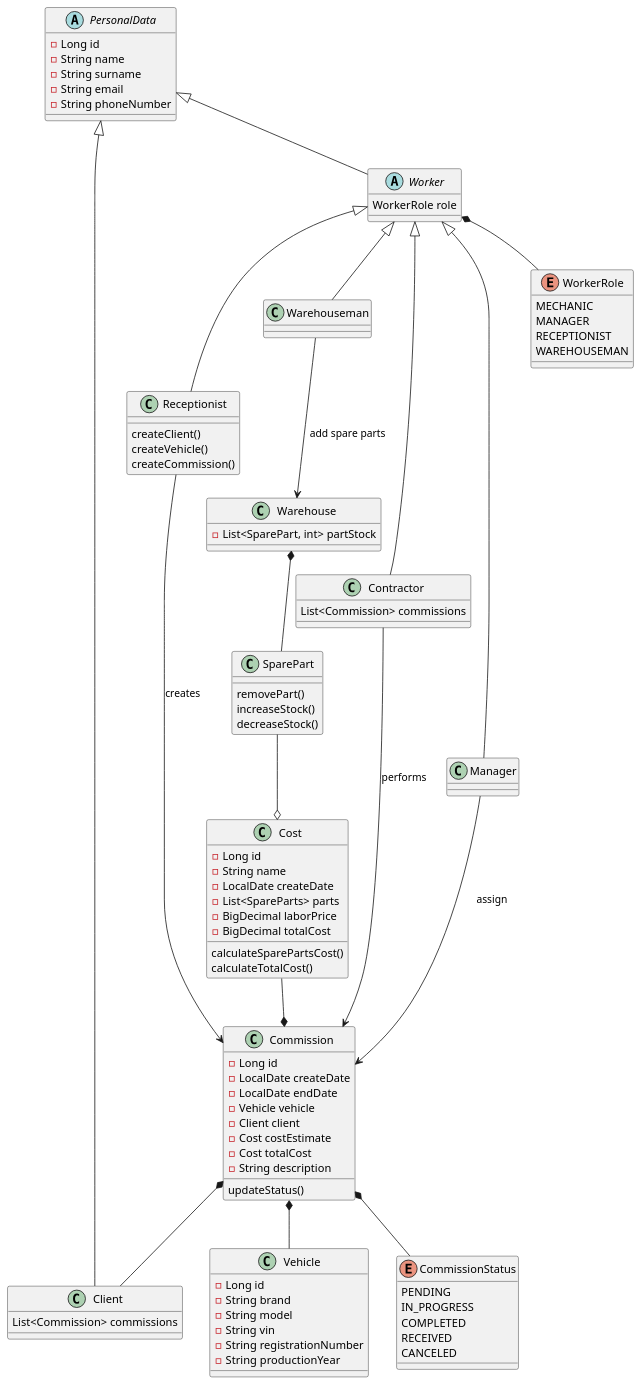
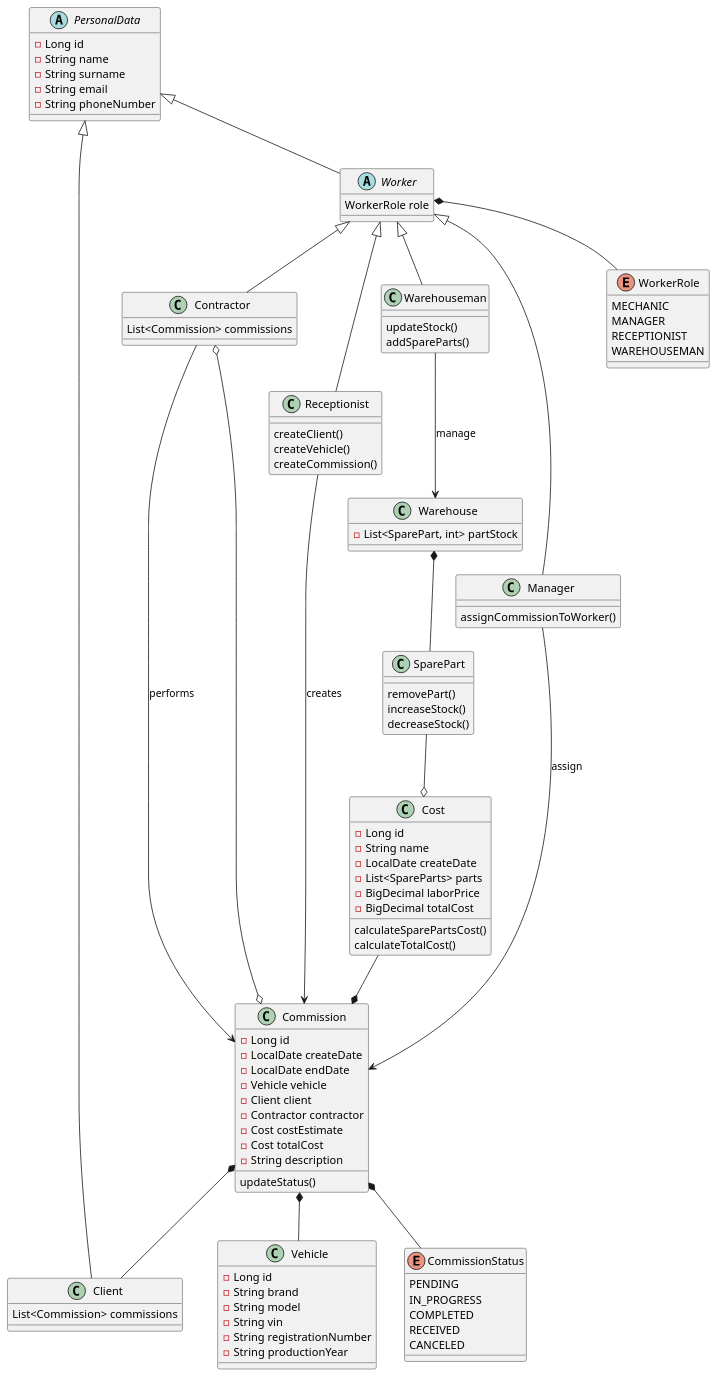
The diagram in src/main/java/com/carservice/CarService/implement.puml (WojciechGos/Car-Service), drawn with PlantUML before and after one commit.

Commit message:
update: relations

```diff
--- a/src/main/java/com/carservice/CarService/implement.puml
+++ b/src/main/java/com/carservice/CarService/implement.puml
@@ -1,136 +1,126 @@
 @startuml
 'https://plantuml.com/class-diagram
 
 abstract class PersonalData {
     - Long id
     - String name
     - String surname
     - String email
     - String phoneNumber
 }
 class Client  extends PersonalData{
     List<Commission> commissions
 }
 abstract class Worker extends PersonalData{
     WorkerRole role
 }
 
 class Receptionist extends Worker{
      createClient()
      createVehicle()
      createCommission()
 
  }
 
 
 
 class Warehouse{
     - List<SparePart, int> partStock
 }
 
 class SparePart {
     removePart()
     increaseStock()
     decreaseStock()
 }
 
 class Warehouseman extends Worker {
+    updateStock()
+    addSpareParts()
 
 }
 
 class Contractor extends Worker {
     List<Commission> commissions
 
 }
 
 class Manager extends Worker {
-
+    assignCommissionToWorker()
 }
-
-
-
-
-
-
-
-
 
 
 class Commission {
     - Long id
     - LocalDate createDate
     - LocalDate endDate
     - Vehicle vehicle
     - Client client
+    - Contractor contractor
     - Cost costEstimate
     - Cost totalCost
     - String description
 
     updateStatus()
 }
-
-
-
-
-
 
 
 class Vehicle {
     - Long id
     - String brand
     - String model
     - String vin
     - String registrationNumber
     - String productionYear
 }
 
 
 
 enum CommissionStatus{
     PENDING
     IN_PROGRESS
     COMPLETED
     RECEIVED
     CANCELED
 }
 
 class Cost {
     - Long id
     - String name
     - LocalDate createDate
     - List<SpareParts> parts
     - BigDecimal laborPrice
     - BigDecimal totalCost
 
     calculateSparePartsCost()
     calculateTotalCost()
 }
 
 enum WorkerRole {
     MECHANIC
     MANAGER
     RECEPTIONIST
     WAREHOUSEMAN
 }
 
 
 Warehouse *-- SparePart
 SparePart --o Cost
 Cost --* Commission
 
 Commission *-- Client
 Commission *-- Vehicle
 Commission *-- CommissionStatus
-Warehouseman --> Warehouse : "add spare parts"
+Warehouseman --> Warehouse : "manage"
 
 Receptionist --> Commission : "creates"
 
 Manager --> Commission : "assign"
 Worker *-- WorkerRole
 
-
+Contractor o-o Commission
 Contractor --> Commission : "performs"
 
 
 
 @enduml
```
